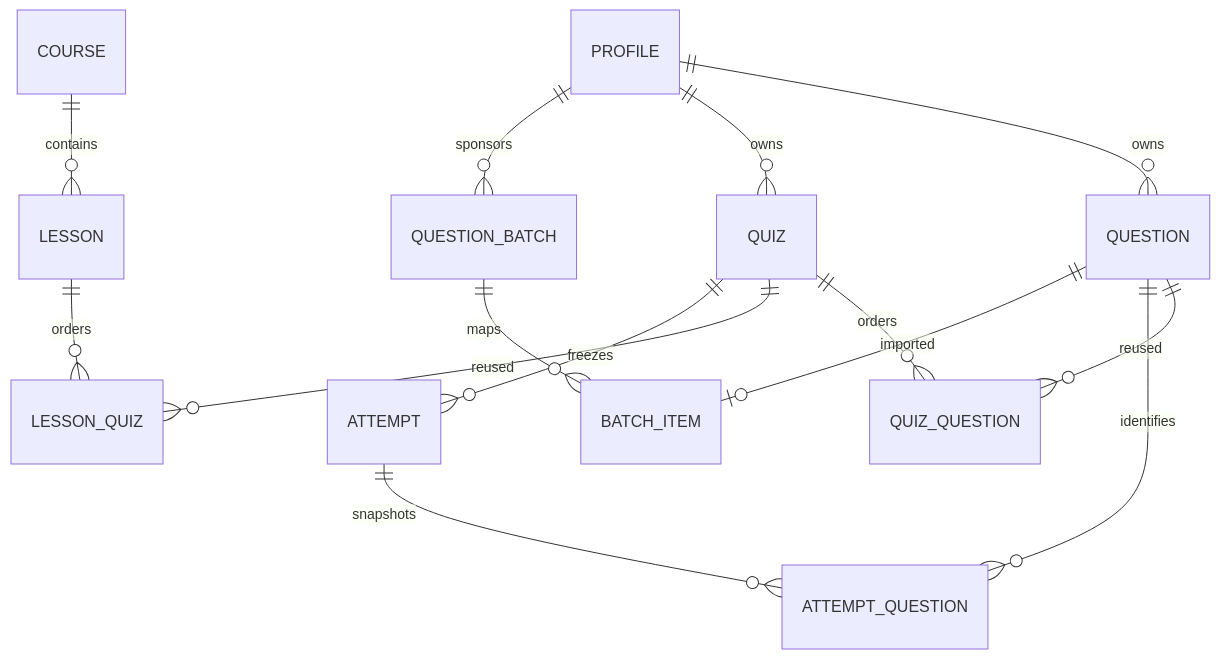
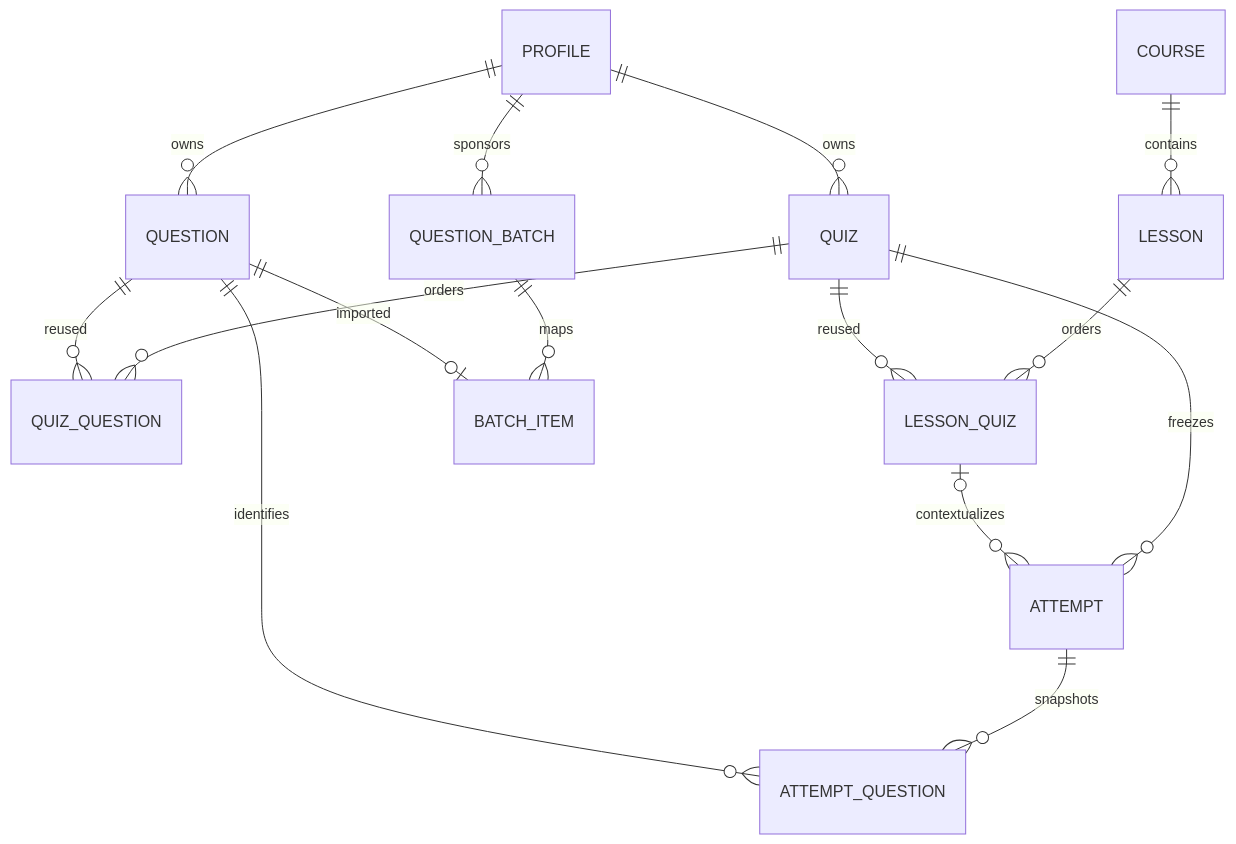
One commit to crennie/quiz-builder changed the diagram in docs/architecture/static/domain.md. Above: the diagram before and after it, drawn with Mermaid. The commit also changed other lines of this file and 33 other files, not shown here.

Commit message:
Add course imports, lesson reading, and durable attempt context

````diff
--- a/docs/architecture/static/domain.md
+++ b/docs/architecture/static/domain.md
@@ -3,16 +3,17 @@
 ```mermaid
 erDiagram
     PROFILE ||--o{ QUESTION : owns
     PROFILE ||--o{ QUIZ : owns
     QUIZ ||--o{ QUIZ_QUESTION : orders
     QUESTION ||--o{ QUIZ_QUESTION : reused
     COURSE ||--o{ LESSON : contains
     LESSON ||--o{ LESSON_QUIZ : orders
     QUIZ ||--o{ LESSON_QUIZ : reused
     QUIZ ||--o{ ATTEMPT : freezes
+    LESSON_QUIZ |o--o{ ATTEMPT : contextualizes
     ATTEMPT ||--o{ ATTEMPT_QUESTION : snapshots
     QUESTION ||--o{ ATTEMPT_QUESTION : identifies
     PROFILE ||--o{ QUESTION_BATCH : sponsors
     QUESTION_BATCH ||--o{ BATCH_ITEM : maps
     QUESTION ||--o| BATCH_ITEM : imported
 ```
````
